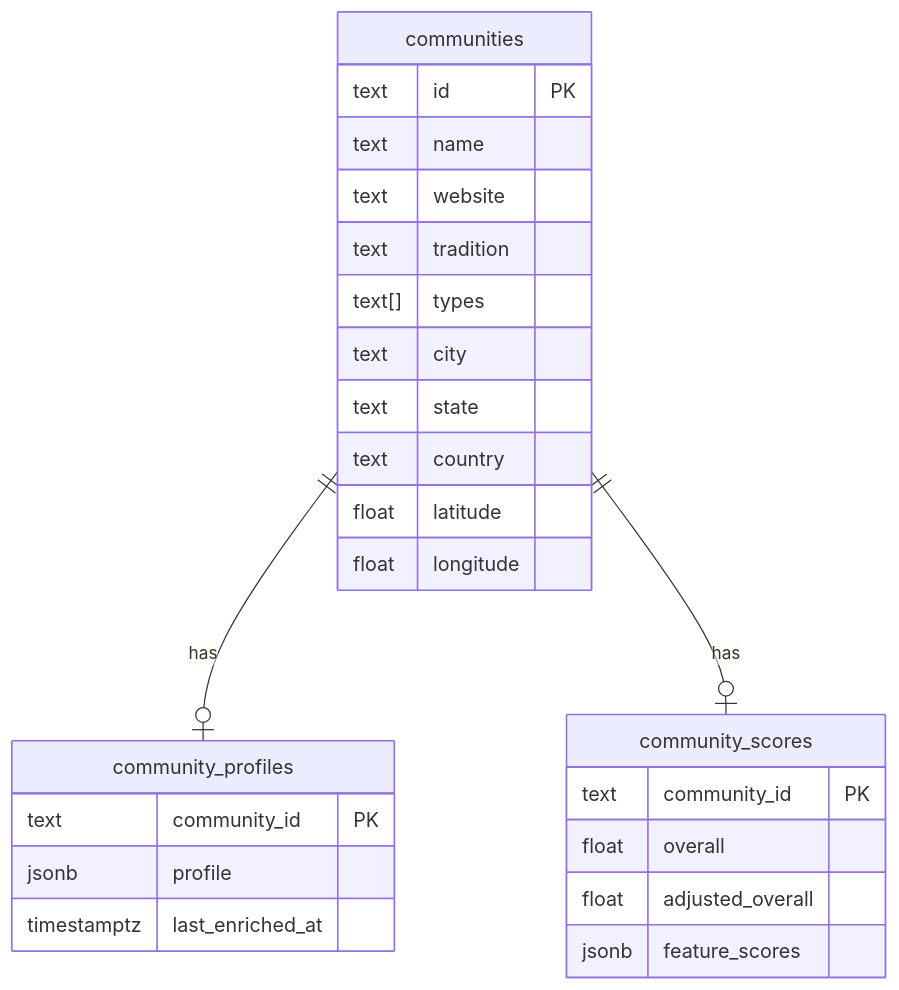
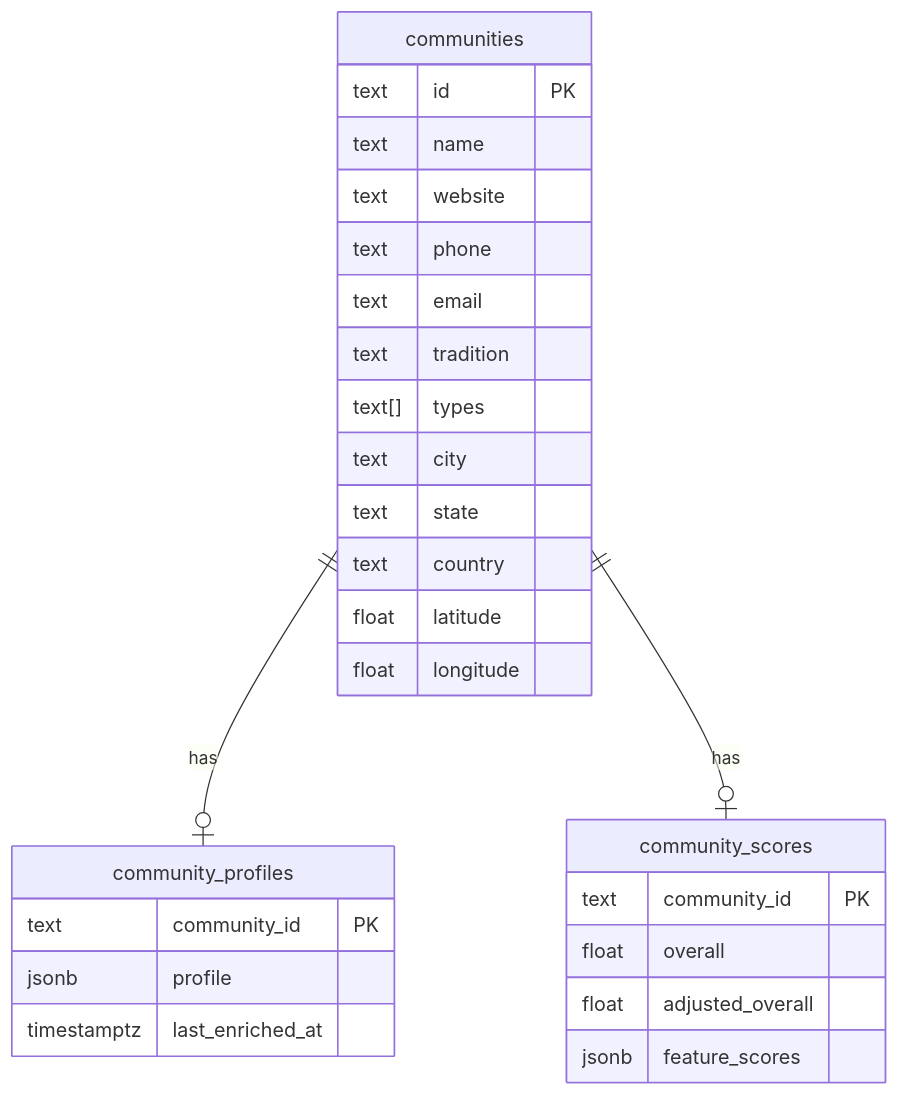
One commit to meredithvf/monastery-finder changed the diagram in docs/DATABASE.md. Above: the diagram before and after it, drawn with Mermaid. The commit also changed other lines of this file and 4 other files, not shown here.

````diff
--- a/docs/DATABASE.md
+++ b/docs/DATABASE.md
@@ -9,28 +9,30 @@
 ```mermaid
 erDiagram
   communities ||--o| community_profiles : has
   communities ||--o| community_scores : has
   communities {
     text id PK
     text name
     text website
+    text phone
+    text email
     text tradition
     text[] types
     text city
     text state
     text country
     float latitude
     float longitude
   }
   community_profiles {
     text community_id PK
     jsonb profile
     timestamptz last_enriched_at
   }
   community_scores {
     text community_id PK
     float overall
     float adjusted_overall
     jsonb feature_scores
   }
 ```
````
